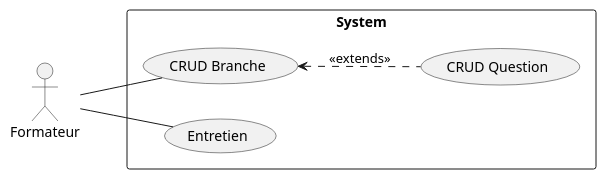
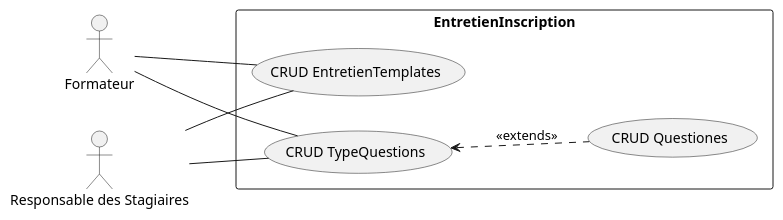
Before and after one commit to Suirita/File_rouge: the diagram in Idéation/Sprint_2.pu, drawn with PlantUML. The commit also changed 113 other files, not shown here.

```diff
--- a/Idéation/Sprint_2.pu
+++ b/Idéation/Sprint_2.pu
@@ -1,12 +1,18 @@
 @startuml Sprint_2
 left to right direction
 actor "Formateur" as fr
-rectangle System {
-  usecase "CRUD Branche" as UC1
-  usecase "CRUD Question" as UC2
-  usecase "Entretien" as UC3
+actor "Responsable des Stagiaires" as rs
+rectangle EntretienInscription {
+  usecase "CRUD EntretienTemplates" as UC1
+  usecase "CRUD TypeQuestions" as UC2
+  usecase "CRUD Questiones" as UC3
 }
+
 fr -- UC1
-UC1 <.. UC2 : <<extends>>
-fr -- UC3
+fr -- UC2
+
+rs -- UC1
+rs -- UC2
+
+UC2 <.. UC3 : <<extends>>
 @enduml
```
